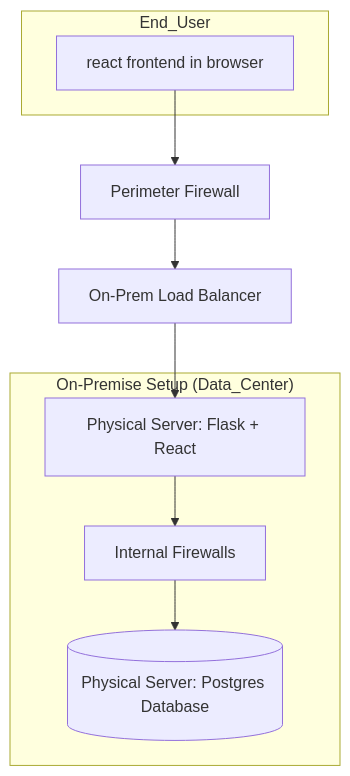
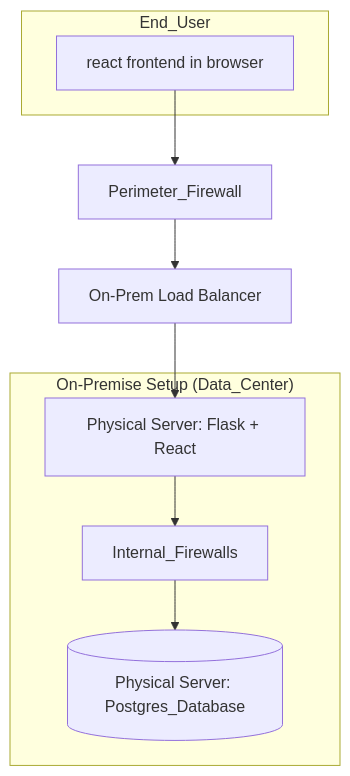
Before and after one commit to Sighopss/Algonquin-Code-Base: the third of 3 diagrams in lab2.md, drawn with Mermaid. The commit also changed other lines of this file, not shown here.

````diff
--- a/lab2.md
+++ b/lab2.md
@@ -55,27 +55,27 @@
 ```mermaid
 
 graph TB
 
     subgraph User["End_User"]
 
         User_Interface[react frontend in browser]
 
 
     end
 
-    Outer_FW[Perimeter Firewall]
+    Outer_FW[Perimeter_Firewall]
 
     Hardware_LB[On-Prem Load Balancer]
 
     subgraph OnPrem["On-Premise Setup (Data_Center)"]
 
         Server_1[Physical Server: Flask + React]
 
-        Inner_FW[Internal Firewalls]
-        Server_2[(Physical Server: Postgres Database)]
+        Inner_FW[Internal_Firewalls]
+        Server_2[(Physical Server: Postgres_Database)]
 
     end
 
     User_Interface --> Outer_FW --> Hardware_LB --> Server_1
     --> Inner_FW --> Server_2
 ```
````
